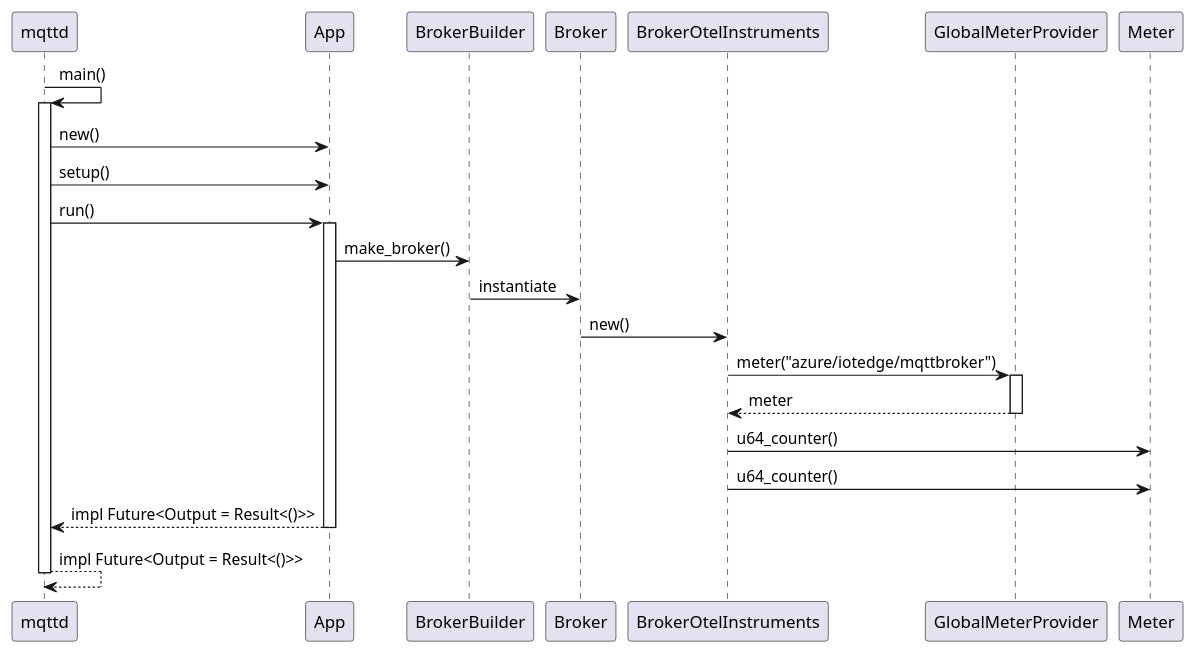
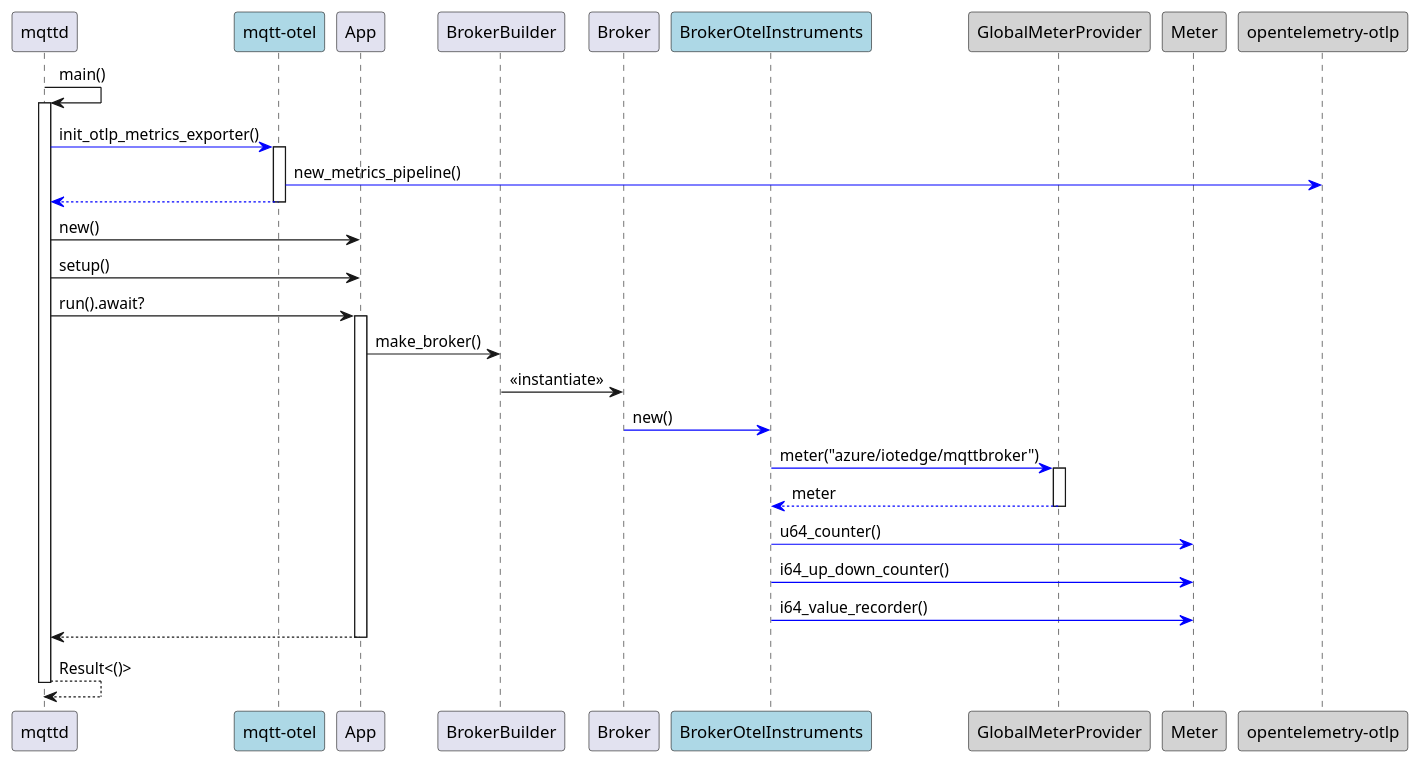
Before and after one commit to Azure/iotedge: the first of 2 diagrams in mqtt/docs/metrics.md, drawn with PlantUML. The commit also changed other lines of this file and 2 other files, not shown here.

Commit message:
Updated broker metrics sequence diagrams

````diff
--- a/mqtt/docs/metrics.md
+++ b/mqtt/docs/metrics.md
@@ -4,28 +4,36 @@
 ```plantuml
 @startuml sequence
 participant mqttd
+participant "mqtt-otel" as mqttotel #lightblue
 participant App
 participant BrokerBuilder
 participant Broker
-participant BrokerOtelInstruments
-participant GlobalMeterProvider
-participant Meter
+participant BrokerOtelInstruments #lightblue
+participant GlobalMeterProvider #lightgrey
+participant Meter #lightgrey
+participant "opentelemetry-otlp" as otlpExport #lightgrey
 
 mqttd -> mqttd : main()
 activate mqttd
+mqttd -[#blue]> mqttotel : init_otlp_metrics_exporter()
+activate mqttotel
+mqttotel -[#blue]> otlpExport : new_metrics_pipeline()
+return
 mqttd -> App : new()
 mqttd -> App : setup()
-mqttd -> App : run()
+mqttd -> App : run().await?
 activate App
 App -> BrokerBuilder : make_broker()
-BrokerBuilder -> Broker : instantiate
-Broker -> BrokerOtelInstruments : new()
-BrokerOtelInstruments -> GlobalMeterProvider : meter("azure/iotedge/mqttbroker")
+BrokerBuilder -> Broker : << instantiate >>
+Broker -[#blue]> BrokerOtelInstruments : new()
+BrokerOtelInstruments -[#blue]> GlobalMeterProvider : meter("azure/iotedge/mqttbroker")
 activate GlobalMeterProvider
 return meter
-BrokerOtelInstruments -> Meter : u64_counter()
-BrokerOtelInstruments -> Meter : u64_counter()
-return impl Future<Output = Result<()>>
-return impl Future<Output = Result<()>>
+
+BrokerOtelInstruments -[#blue]> Meter : u64_counter()
+BrokerOtelInstruments -[#blue]> Meter : i64_up_down_counter()
+BrokerOtelInstruments -[#blue]> Meter : i64_value_recorder()
+return
+return Result<()>
 @enduml
 ```
````
